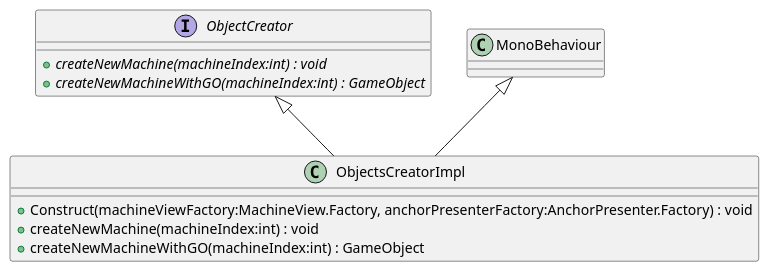
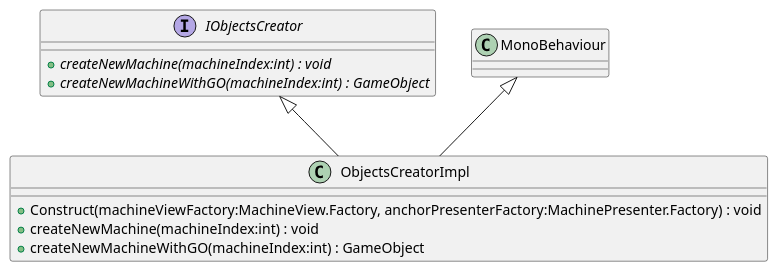
Before and after one commit to DeNatur/ProductionFloorVisualization: the diagram in UML/Assets/Scripts/ObjectsCreatorImpl.puml, drawn with PlantUML. The commit also changed 34 other files, not shown here.

Commit message:
Generate UML (Generate UML)

```diff
--- a/UML/Assets/Scripts/ObjectsCreatorImpl.puml
+++ b/UML/Assets/Scripts/ObjectsCreatorImpl.puml
@@ -1,13 +1,13 @@
 @startuml
-interface ObjectCreator {
+interface IObjectsCreator {
     + {abstract} createNewMachine(machineIndex:int) : void
     + {abstract} createNewMachineWithGO(machineIndex:int) : GameObject
 }
 class ObjectsCreatorImpl {
-    + Construct(machineViewFactory:MachineView.Factory, anchorPresenterFactory:AnchorPresenter.Factory) : void
+    + Construct(machineViewFactory:MachineView.Factory, anchorPresenterFactory:MachinePresenter.Factory) : void
     + createNewMachine(machineIndex:int) : void
     + createNewMachineWithGO(machineIndex:int) : GameObject
 }
 MonoBehaviour <|-- ObjectsCreatorImpl
-ObjectCreator <|-- ObjectsCreatorImpl
+IObjectsCreator <|-- ObjectsCreatorImpl
 @enduml
```
